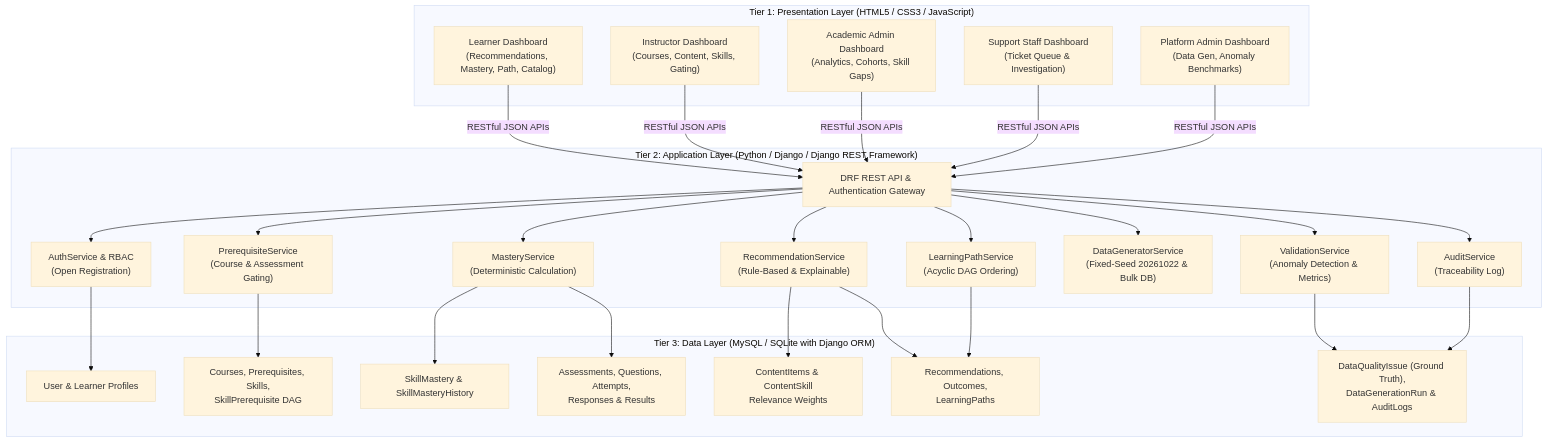
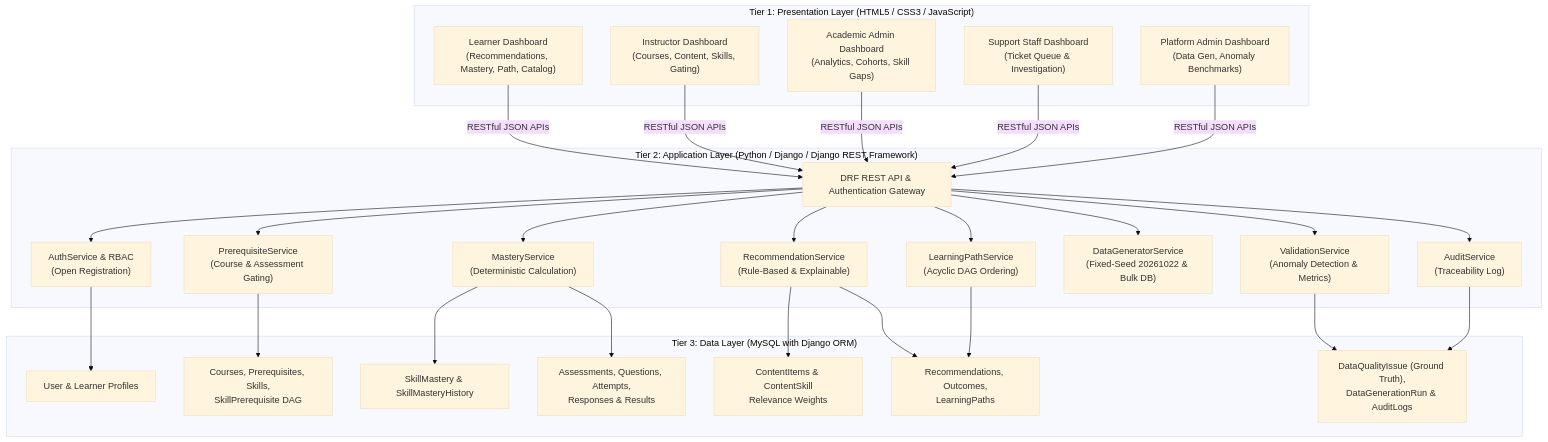
Before and after one commit to shanthipriyajana-web/Personalized-Learning-Recommendation-System: the diagram in docs/SYSTEM_ARCHITECTURE.md, drawn with Mermaid (base theme). The commit also changed other lines of this file and 3 other files, not shown here.

````diff
--- a/docs/SYSTEM_ARCHITECTURE.md
+++ b/docs/SYSTEM_ARCHITECTURE.md
@@ -8,57 +8,57 @@
 ```mermaid
 flowchart TD
     subgraph Tier1["Tier 1: Presentation Layer (HTML5 / CSS3 / JavaScript)"]
         UI_Learner["Learner Dashboard\n(Recommendations, Mastery, Path, Catalog)"]
         UI_Instructor["Instructor Dashboard\n(Courses, Content, Skills, Gating)"]
         UI_Academic["Academic Admin Dashboard\n(Analytics, Cohorts, Skill Gaps)"]
         UI_Support["Support Staff Dashboard\n(Ticket Queue & Investigation)"]
         UI_Admin["Platform Admin Dashboard\n(Data Gen, Anomaly Benchmarks)"]
     end
 
     subgraph Tier2["Tier 2: Application Layer (Python / Django / Django REST Framework)"]
         API_Gateway["DRF REST API & Authentication Gateway"]
         Auth_Service["AuthService & RBAC\n(Open Registration)"]
         Prereq_Service["PrerequisiteService\n(Course & Assessment Gating)"]
         Mastery_Service["MasteryService\n(Deterministic Calculation)"]
         Rec_Engine["RecommendationService\n(Rule-Based & Explainable)"]
         Path_Service["LearningPathService\n(Acyclic DAG Ordering)"]
         Data_Gen["DataGeneratorService\n(Fixed-Seed 20261022 & Bulk DB)"]
         Validation_Service["ValidationService\n(Anomaly Detection & Metrics)"]
         Audit_Service["AuditService\n(Traceability Log)"]
     end
 
-    subgraph Tier3["Tier 3: Data Layer (MySQL / SQLite with Django ORM)"]
+    subgraph Tier3["Tier 3: Data Layer (MySQL with Django ORM)"]
         DB_Users["User & Learner Profiles"]
         DB_Curriculum["Courses, Prerequisites, Skills,\nSkillPrerequisite DAG"]
         DB_Content["ContentItems & ContentSkill\nRelevance Weights"]
         DB_Assessments["Assessments, Questions, Attempts,\nResponses & Results"]
         DB_Mastery["SkillMastery & SkillMasteryHistory"]
         DB_Recs["Recommendations, Outcomes,\nLearningPaths"]
         DB_Quality["DataQualityIssue (Ground Truth),\nDataGenerationRun & AuditLogs"]
     end
 
     UI_Learner -->|RESTful JSON APIs| API_Gateway
     UI_Instructor -->|RESTful JSON APIs| API_Gateway
     UI_Academic -->|RESTful JSON APIs| API_Gateway
     UI_Support -->|RESTful JSON APIs| API_Gateway
     UI_Admin -->|RESTful JSON APIs| API_Gateway
 
     API_Gateway --> Auth_Service
     API_Gateway --> Prereq_Service
     API_Gateway --> Mastery_Service
     API_Gateway --> Rec_Engine
     API_Gateway --> Path_Service
     API_Gateway --> Data_Gen
     API_Gateway --> Validation_Service
     API_Gateway --> Audit_Service
 
     Auth_Service --> DB_Users
     Prereq_Service --> DB_Curriculum
     Mastery_Service --> DB_Mastery
     Mastery_Service --> DB_Assessments
     Rec_Engine --> DB_Content
     Rec_Engine --> DB_Recs
     Path_Service --> DB_Recs
     Validation_Service --> DB_Quality
     Audit_Service --> DB_Quality
 ```
````
